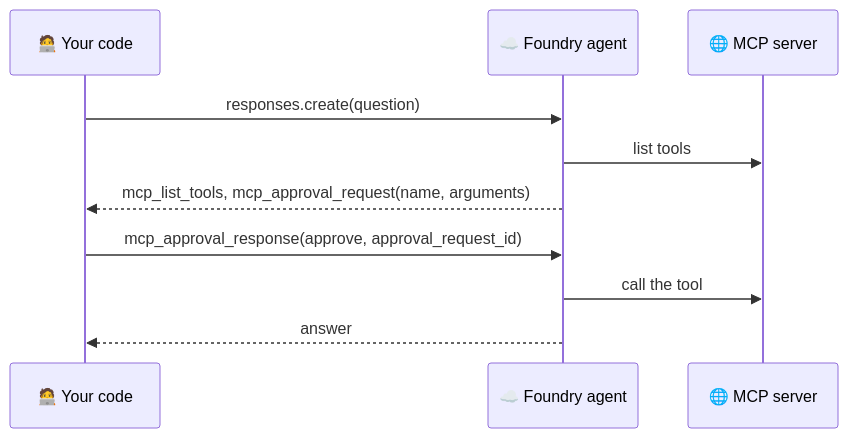
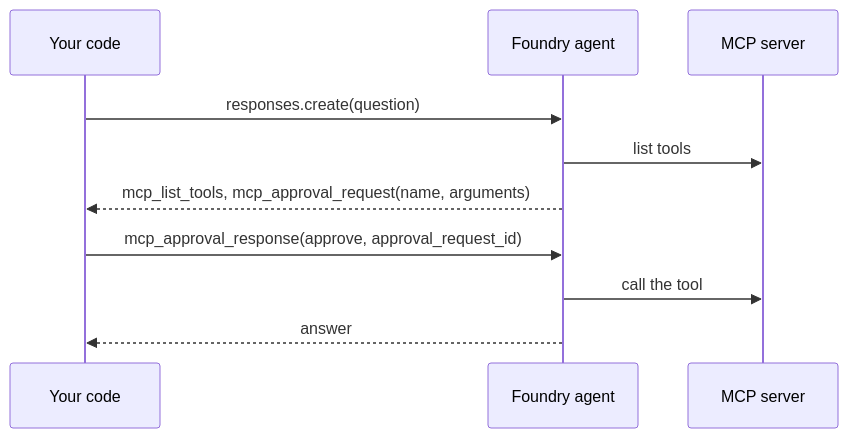
The third of 3 diagrams in docs/tools.md (nampacx/MS-Foundry-from-0-to-hero), drawn with Mermaid before and after one commit. The commit also changed other lines of this file and 37 other files, not shown here.

````diff
--- a/docs/tools.md
+++ b/docs/tools.md
@@ -127,12 +127,12 @@
 ```mermaid
 sequenceDiagram
-    participant C as 🧑‍💻 Your code
-    participant F as ☁️ Foundry agent
-    participant S as 🌐 MCP server
+    participant C as Your code
+    participant F as Foundry agent
+    participant S as MCP server
     C->>F: responses.create(question)
     F->>S: list tools
     F-->>C: mcp_list_tools, mcp_approval_request(name, arguments)
     C->>F: mcp_approval_response(approve, approval_request_id)
     F->>S: call the tool
     F-->>C: answer
 ```
````
